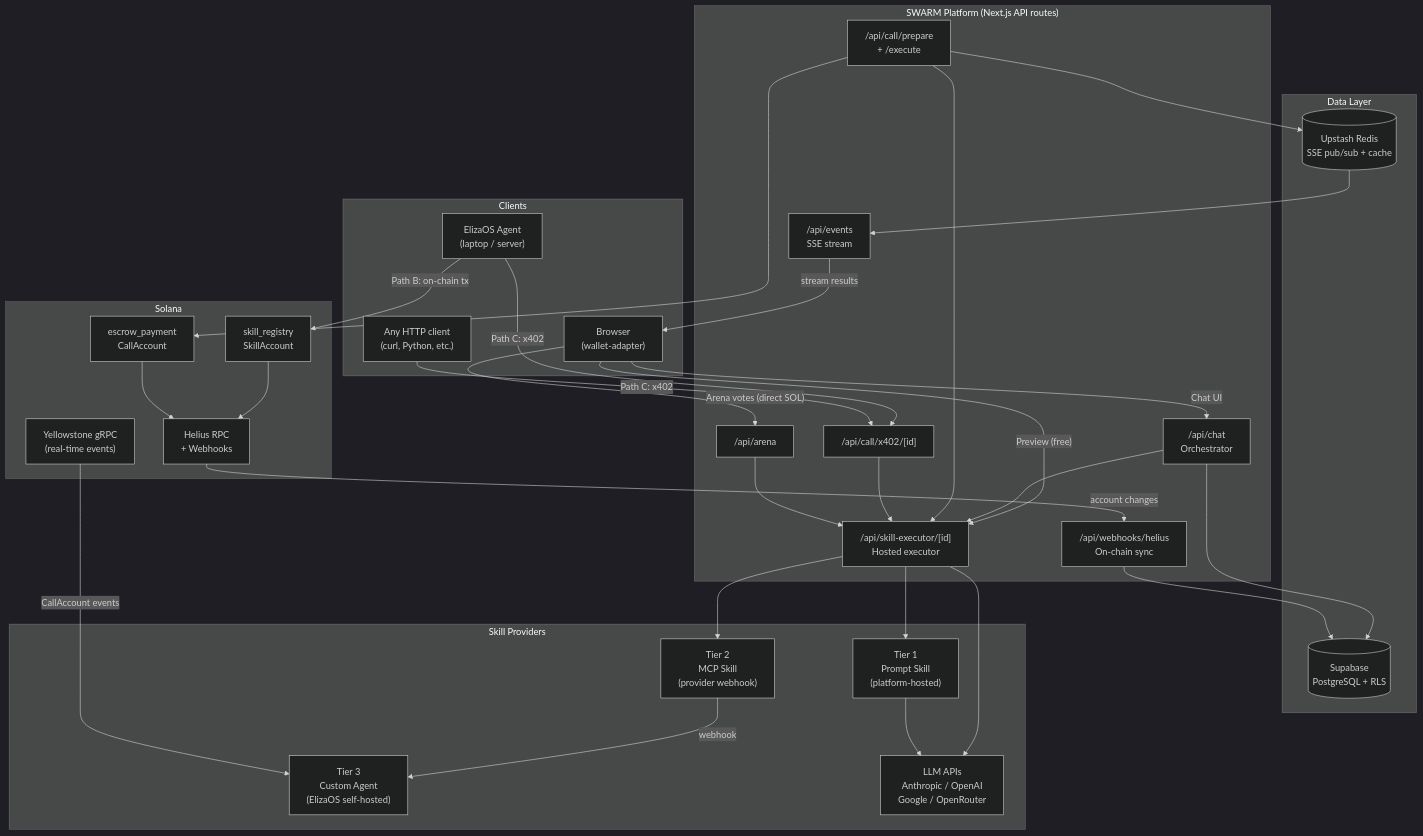
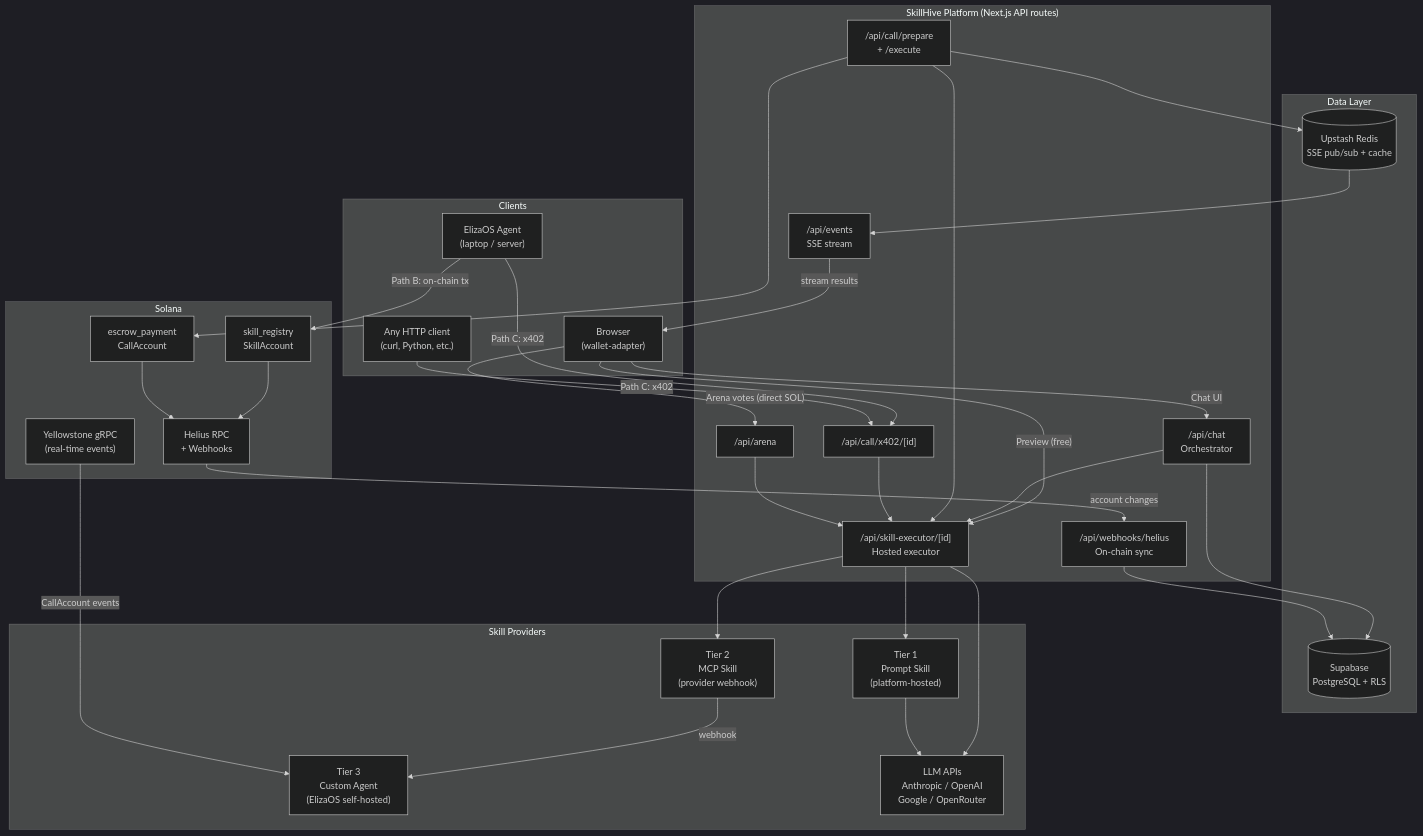
Before and after one commit to windyinwind/skillhive-marketplace: the first of 8 diagrams in README.md, drawn with Mermaid (dark theme). The commit also changed other lines of this file and 91 other files, not shown here.

````diff
--- a/README.md
+++ b/README.md
@@ -38,68 +38,68 @@
 ```mermaid
 graph TB
     subgraph Clients
         Browser["Browser\n(wallet-adapter)"]
         ElizaAgent["ElizaOS Agent\n(laptop / server)"]
         AnyHTTP["Any HTTP client\n(curl, Python, etc.)"]
     end
 
-    subgraph "SWARM Platform (Next.js API routes)"
+    subgraph "SkillHive Platform (Next.js API routes)"
         Chat["/api/chat\nOrchestrator"]
         Executor["/api/skill-executor/[id]\nHosted executor"]
         CallPrepare["/api/call/prepare\n+ /execute"]
         CallX402["/api/call/x402/[id]"]
         Arena["/api/arena"]
         Helius_WH["/api/webhooks/helius\nOn-chain sync"]
         SSE["/api/events\nSSE stream"]
     end
 
     subgraph "Data Layer"
         Supabase[("Supabase\nPostgreSQL + RLS")]
         Redis[("Upstash Redis\nSSE pub/sub + cache")]
     end
 
     subgraph "Solana"
         SkillRegistry["skill_registry\nSkillAccount"]
         EscrowProgram["escrow_payment\nCallAccount"]
         HeliusRPC["Helius RPC\n+ Webhooks"]
         Yellowstone["Yellowstone gRPC\n(real-time events)"]
     end
 
     subgraph "Skill Providers"
         Tier1["Tier 1\nPrompt Skill\n(platform-hosted)"]
         Tier2["Tier 2\nMCP Skill\n(provider webhook)"]
         Tier3["Tier 3\nCustom Agent\n(ElizaOS self-hosted)"]
         LLM["LLM APIs\nAnthropic / OpenAI\nGoogle / OpenRouter"]
     end
 
     Browser -->|"Arena votes (direct SOL)"| Arena
     Browser -->|"Chat UI"| Chat
     Browser -->|"Preview (free)"| Executor
     ElizaAgent -->|"Path C: x402"| CallX402
     ElizaAgent -->|"Path B: on-chain tx"| SkillRegistry
     AnyHTTP -->|"Path C: x402"| CallX402
 
     Chat --> Executor
     Chat --> Supabase
     CallPrepare --> EscrowProgram
     CallPrepare --> Executor
     CallX402 --> Executor
     Arena --> Executor
 
     Executor --> Tier1
     Executor --> Tier2
     Executor --> LLM
     Tier1 --> LLM
     Tier2 -->|"webhook"| Tier3
 
     Helius_WH --> Supabase
     HeliusRPC -->|"account changes"| Helius_WH
     Yellowstone -->|"CallAccount events"| Tier3
 
     SkillRegistry --> HeliusRPC
     EscrowProgram --> HeliusRPC
 
     CallPrepare --> Redis
     Redis --> SSE
     SSE -->|"stream results"| Browser
 ```
````
